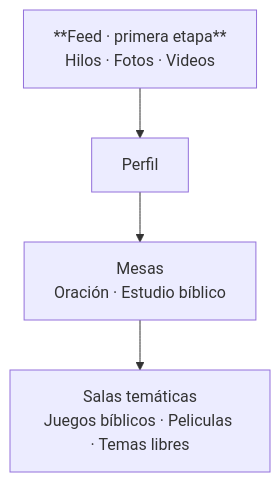
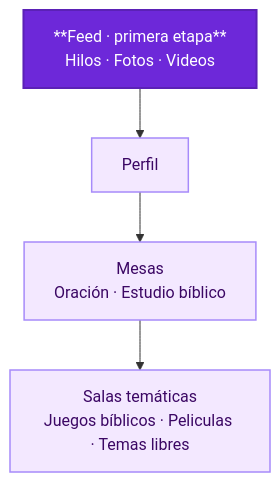
The first of 2 diagrams in README.md (IsaacToDv/FraterChrist.org), drawn with Mermaid before and after one commit. The commit also changed other lines of this file, not shown here.

```diff
--- a/README.md
+++ b/README.md
@@ -33,9 +35,14 @@
 ~~~mermaid
 flowchart TD
     Feed["**Feed · primera etapa**<br/>Hilos · Fotos · Videos"]
     Profile["Perfil"]
     Tables["Mesas<br/>Oración · Estudio bíblico"]
     Rooms["Salas temáticas<br/>Juegos bíblicos · Peliculas · Temas libres"]
 
     Feed --> Profile --> Tables --> Rooms
+
+    classDef first fill:#6D28D9,stroke:#5B21B6,color:#FFFFFF,stroke-width:2px;
+    classDef next fill:#F3E8FF,stroke:#A78BFA,color:#3B0764,stroke-width:1.5px;
+    class Feed first;
+    class Profile,Tables,Rooms next;
 ~~~
```
